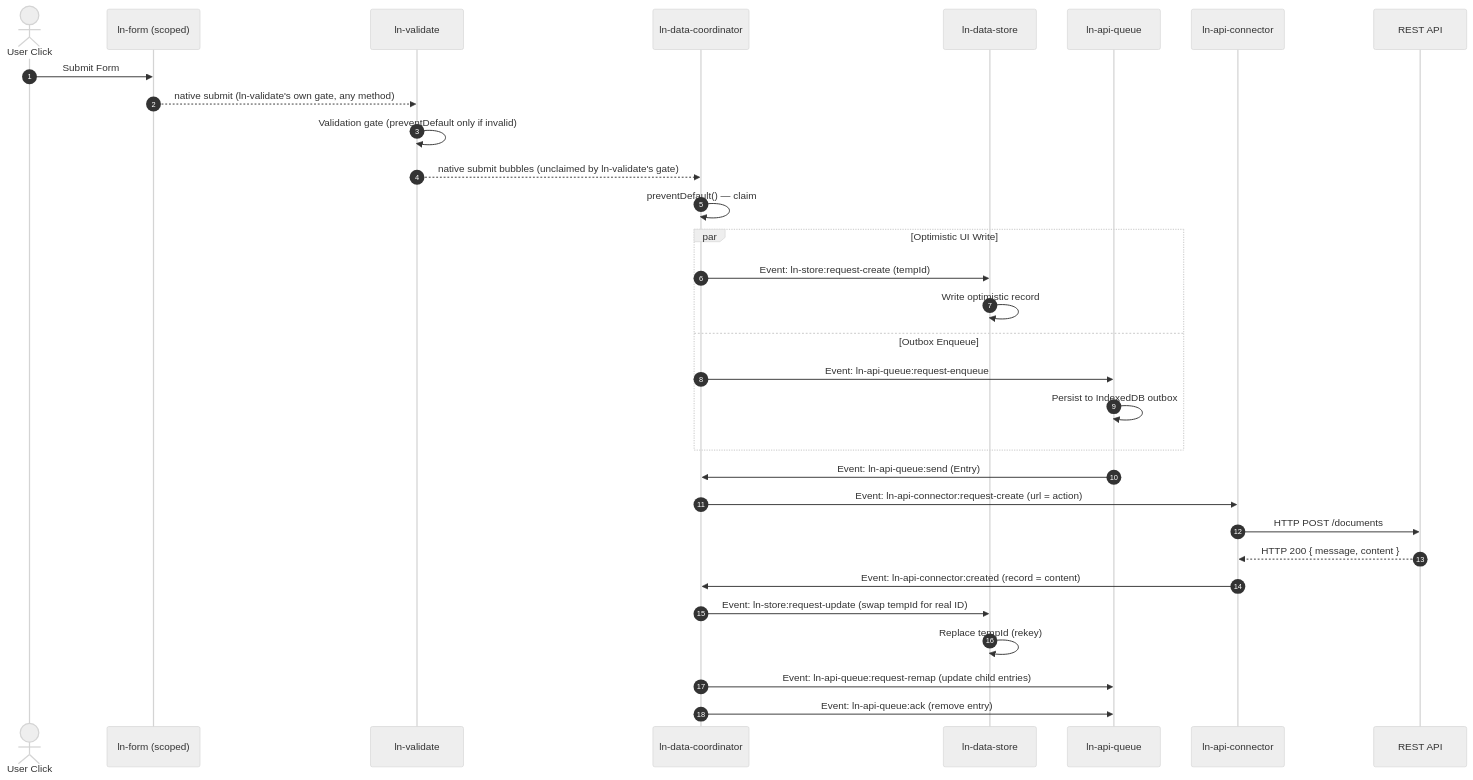
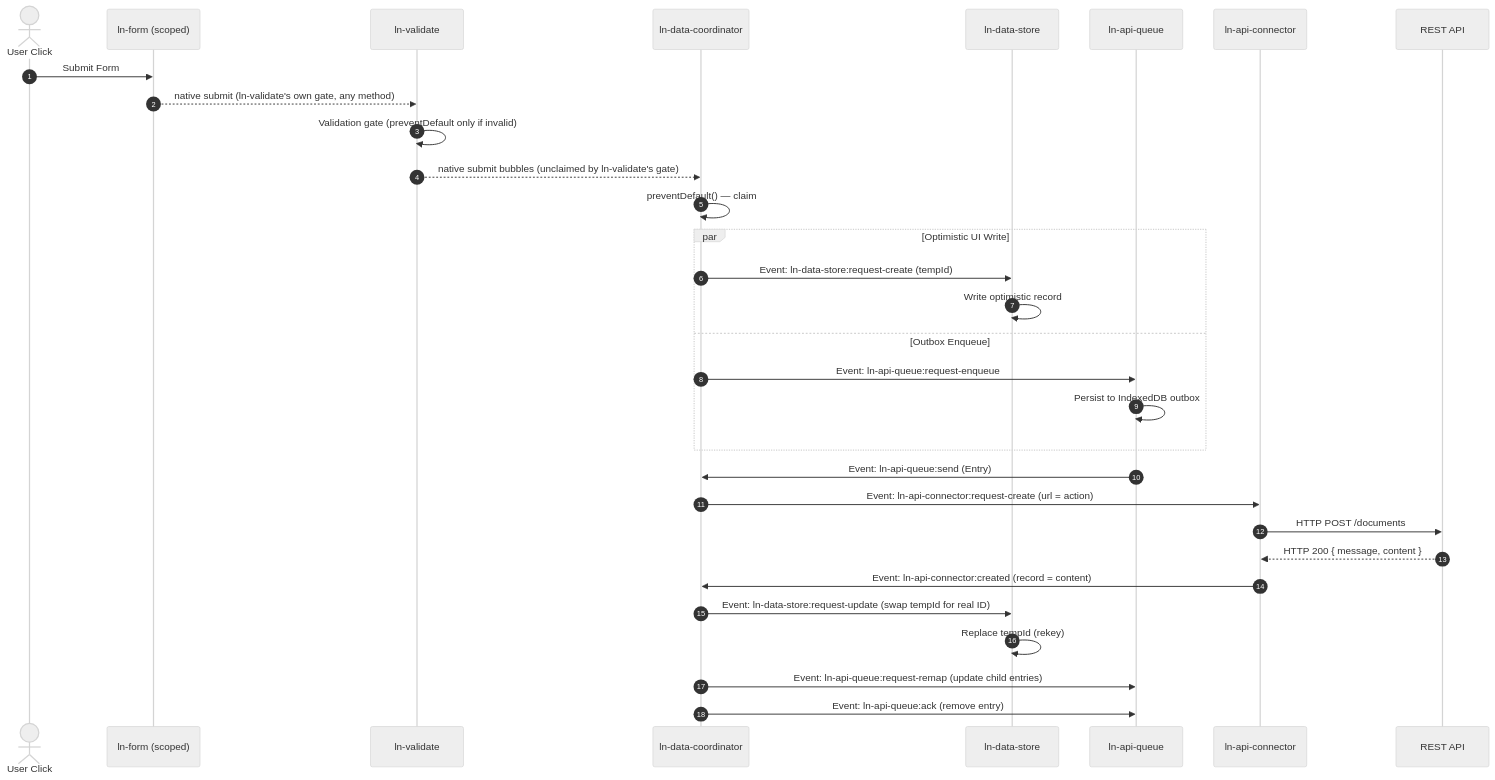
One commit to livenetworks/ln-ashlar changed the diagram in docs-mcp/guides/write-workflow.md. Above: the diagram before and after it, drawn with Mermaid (neutral theme). The commit also changed other lines of this file and 58 other files, not shown here.

Commit message:
refactor(data-store): rename events to ln-data-store:* across components, demo, and docs

````diff
--- a/docs-mcp/guides/write-workflow.md
+++ b/docs-mcp/guides/write-workflow.md
@@ -94,37 +94,37 @@
 ```mermaid
 sequenceDiagram
     autonumber
     actor User as User Click
     participant Form as ln-form (scoped)
     participant Validate as ln-validate
     participant Coord as ln-data-coordinator
     participant Store as ln-data-store
     participant Queue as ln-api-queue
     participant Conn as ln-api-connector
     participant Server as REST API
 
     User->>Form: Submit Form
     Form-->>Validate: native submit (ln-validate's own gate, any method)
     Validate->>Validate: Validation gate (preventDefault only if invalid)
     Validate-->>Coord: native submit bubbles (unclaimed by ln-validate's gate)
     Coord->>Coord: preventDefault() — claim
     
     par Optimistic UI Write
-        Coord->>Store: Event: ln-store:request-create (tempId)
+        Coord->>Store: Event: ln-data-store:request-create (tempId)
         Store->>Store: Write optimistic record
     and Outbox Enqueue
         Coord->>Queue: Event: ln-api-queue:request-enqueue
         Queue->>Queue: Persist to IndexedDB outbox
     end
     
     Queue->>Coord: Event: ln-api-queue:send (Entry)
     Coord->>Conn: Event: ln-api-connector:request-create (url = action)
     Conn->>Server: HTTP POST /documents
     Server-->>Conn: HTTP 200 { message, content }
     Conn->>Coord: Event: ln-api-connector:created (record = content)
     
-    Coord->>Store: Event: ln-store:request-update (swap tempId for real ID)
+    Coord->>Store: Event: ln-data-store:request-update (swap tempId for real ID)
     Store->>Store: Replace tempId (rekey)
     Coord->>Queue: Event: ln-api-queue:request-remap (update child entries)
     Coord->>Queue: Event: ln-api-queue:ack (remove entry)
 ```
````
